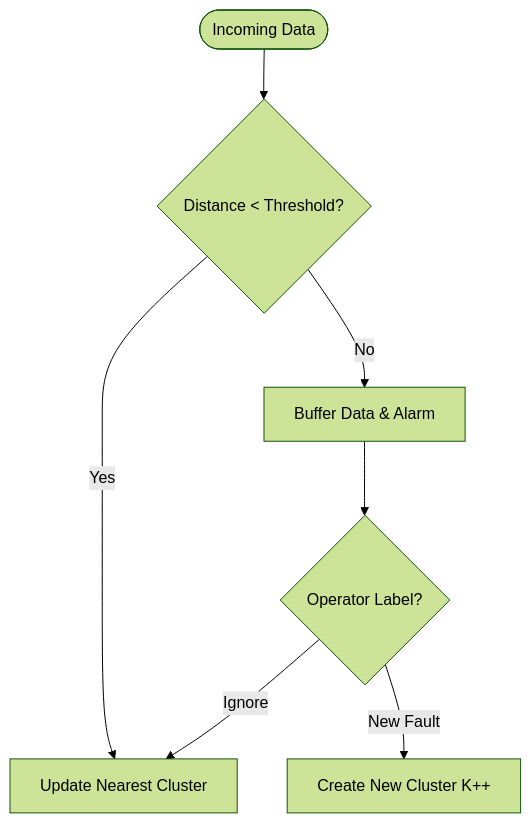
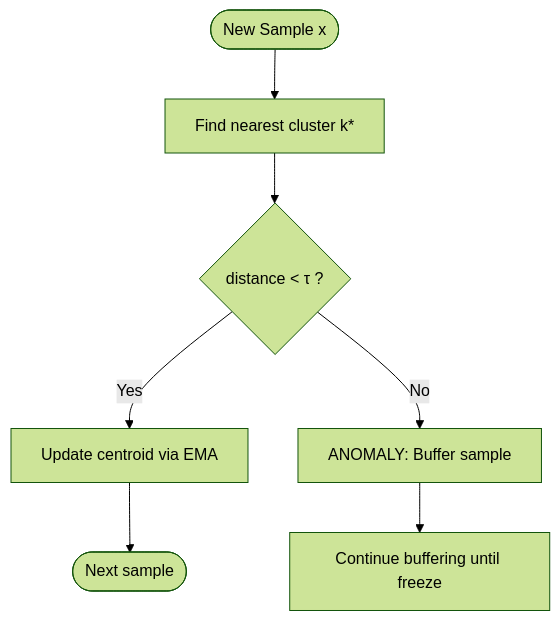
One commit to leekaize/tinyol-hitl changed the third of 8 diagrams in slidev/slides.md. Above: the diagram before and after it, drawn with Mermaid (forest theme). The commit also changed other lines of this file and 9 other files, not shown here.

````diff
--- a/slidev/slides.md
+++ b/slidev/slides.md
@@ -274,9 +278,9 @@
 ```mermaid
 graph TD
-    A([Incoming Data]) --> B{Distance < Threshold?}
-    B -- Yes --> C[Update Nearest Cluster]
-    B -- No --> D[Buffer Data & Alarm]
-    D --> E{Operator Label?}
-    E -- New Fault --> F[Create New Cluster K++]
-    E -- Ignore --> C
+    A([New Sample x]) --> B[Find nearest cluster k*]
+    B --> C{distance < τ ?}
+    C -- Yes --> D[Update centroid via EMA]
+    C -- No --> E[ANOMALY: Buffer sample]
+    D --> F([Next sample])
+    E --> G[Continue buffering until freeze]
 ```
````
